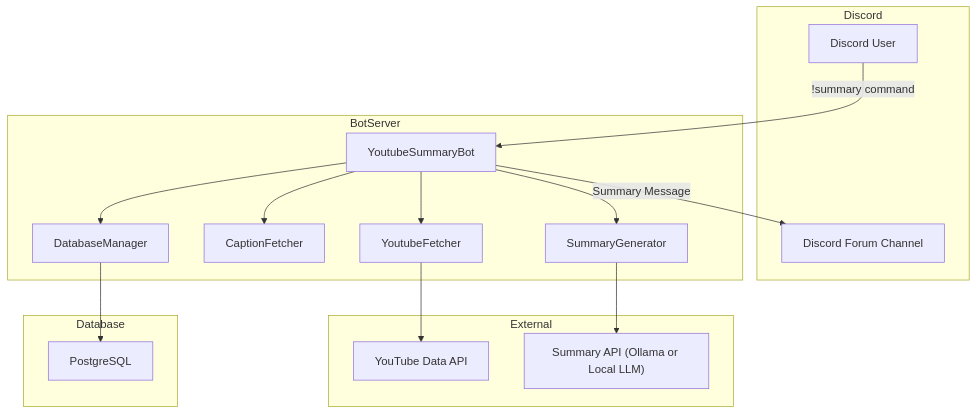
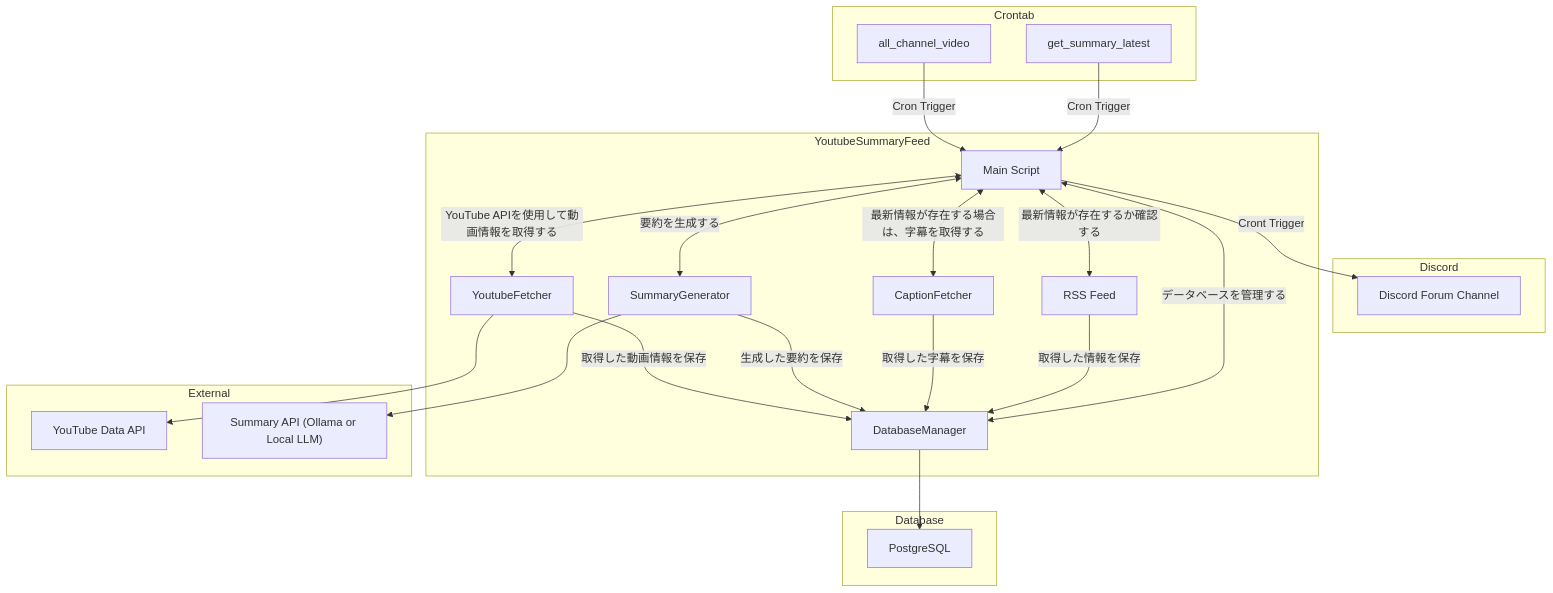
Before and after one commit to hoshimins/youtube_summary_bot: the diagram in document/architecture.md, drawn with Mermaid.

Commit message:
add:構成図を追加

````diff
--- a/document/architecture.md
+++ b/document/architecture.md
@@ -1,45 +1,58 @@
 ```mermaid
 graph TD
+    subgraph Crontab
+        LatestVideo[get_summary_latest]
+        AllChannelVideo[all_channel_video]
+    end
+
     subgraph Discord
-        DUser[Discord User]
         DChannel[Discord Forum Channel]
     end
 
-    subgraph BotServer
-        Bot[YoutubeSummaryBot]
+    subgraph YoutubeSummaryFeed
+        MainScript[Main Script]
+        RSSFeed[RSS Feed]
         YoutubeFetcher[YoutubeFetcher]
         CaptionFetcher[CaptionFetcher]
         SummaryGenerator[SummaryGenerator]
         DatabaseManager[DatabaseManager]
     end
 
     subgraph External
         YTAPI["YouTube Data API"]
         Ollama["Summary API (Ollama or Local LLM)"]
     end
 
     subgraph Database
         Postgres["PostgreSQL"]
     end
 
-    %% User interaction
-    DUser -->|!summary command| Bot
+    %% Crontab flow
+    LatestVideo -->|Cron Trigger| MainScript
+    AllChannelVideo -->|Cron Trigger| MainScript
 
-    %% Bot internal flow
-    Bot --> YoutubeFetcher
-    Bot --> CaptionFetcher
-    Bot --> SummaryGenerator
-    Bot --> DatabaseManager
+
+    %% MainScript internal flow
+    MainScript <--> |最新情報が存在するか確認する|RSSFeed
+    MainScript <--> |最新情報が存在する場合は、字幕を取得する|CaptionFetcher
+    MainScript <--> |要約を生成する|SummaryGenerator
+    MainScript <--> |データベースを管理する|DatabaseManager
+    MainScript <--> |YouTube APIを使用して動画情報を取得する|YoutubeFetcher
+
+    RSSFeed -->|取得した情報を保存| DatabaseManager 
+    CaptionFetcher -->|取得した字幕を保存| DatabaseManager
+    SummaryGenerator -->|生成した要約を保存| DatabaseManager
+    YoutubeFetcher -->|取得した動画情報を保存| DatabaseManager
 
     %% External API calls
     YoutubeFetcher --> YTAPI
     SummaryGenerator --> Ollama
 
     %% Database interactions
     DatabaseManager --> Postgres
 
-    %% Bot outputs
-    Bot -->|Summary Message| DChannel
+    %% MainScript outputs
+    MainScript -->|Cront Trigger| DChannel
 
 
 ```
````
